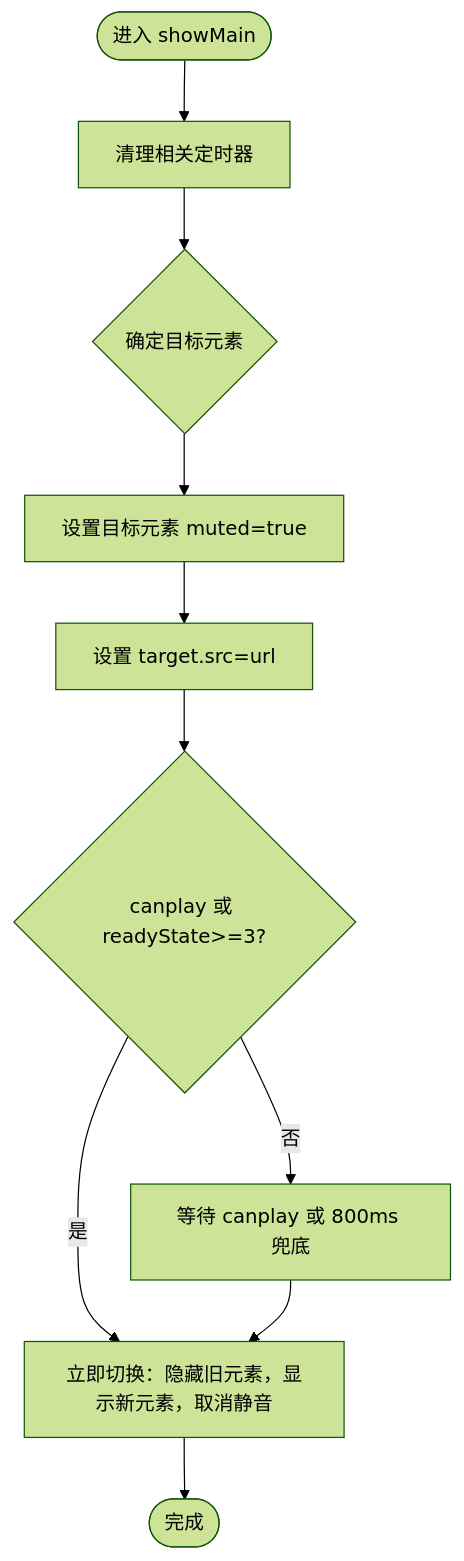
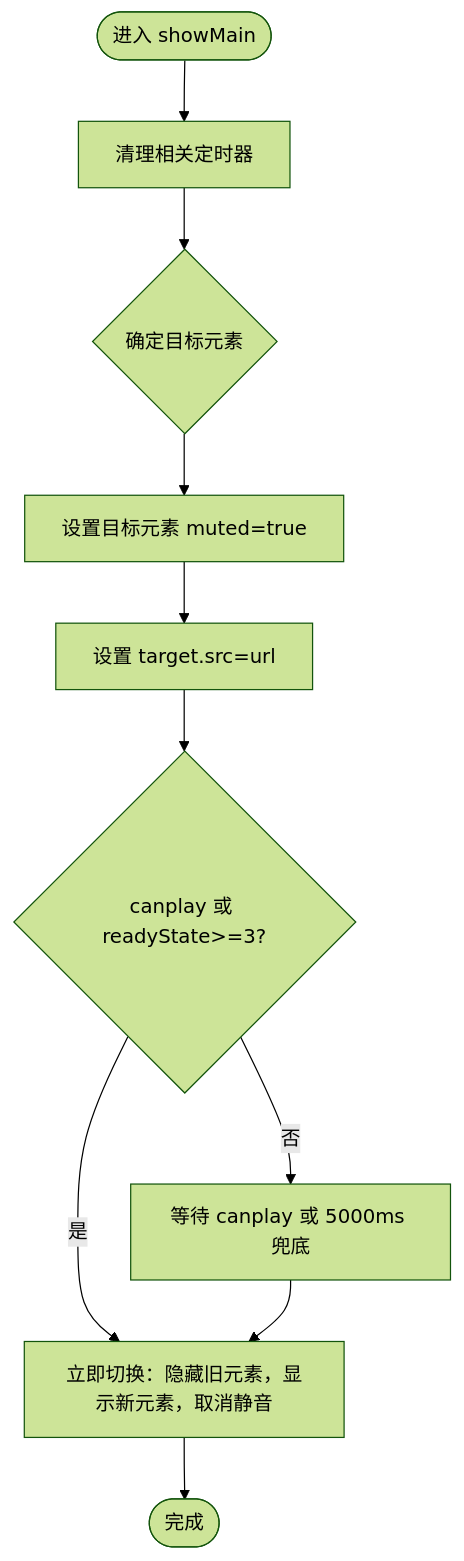
Before and after one commit to leo21cn/real-time-talk: the third of 6 diagrams in .qoder/repowiki/zh/content/前端应用/虚拟形象系统.md, drawn with Mermaid (forest theme). The commit also changed other lines of this file and 9 other files, not shown here.

````diff
--- a/.qoder/repowiki/zh/content/前端应用/虚拟形象系统.md
+++ b/.qoder/repowiki/zh/content/前端应用/虚拟形象系统.md
@@ -151,12 +177,12 @@
 ```mermaid
 flowchart TD
 Start(["进入 showMain"]) --> ClearTimers["清理相关定时器"]
 ClearTimers --> DecideTarget{"确定目标元素"}
 DecideTarget --> SetMuted["设置目标元素 muted=true"]
 SetMuted --> LoadSrc["设置 target.src=url"]
 LoadSrc --> CanPlay{"canplay 或 readyState>=3?"}
 CanPlay --> |是| Switch["立即切换：隐藏旧元素，显示新元素，取消静音"]
-CanPlay --> |否| WaitTimer["等待 canplay 或 800ms 兜底"]
+CanPlay --> |否| WaitTimer["等待 canplay 或 5000ms 兜底"]
 WaitTimer --> Switch
 Switch --> End(["完成"])
 ```
````
